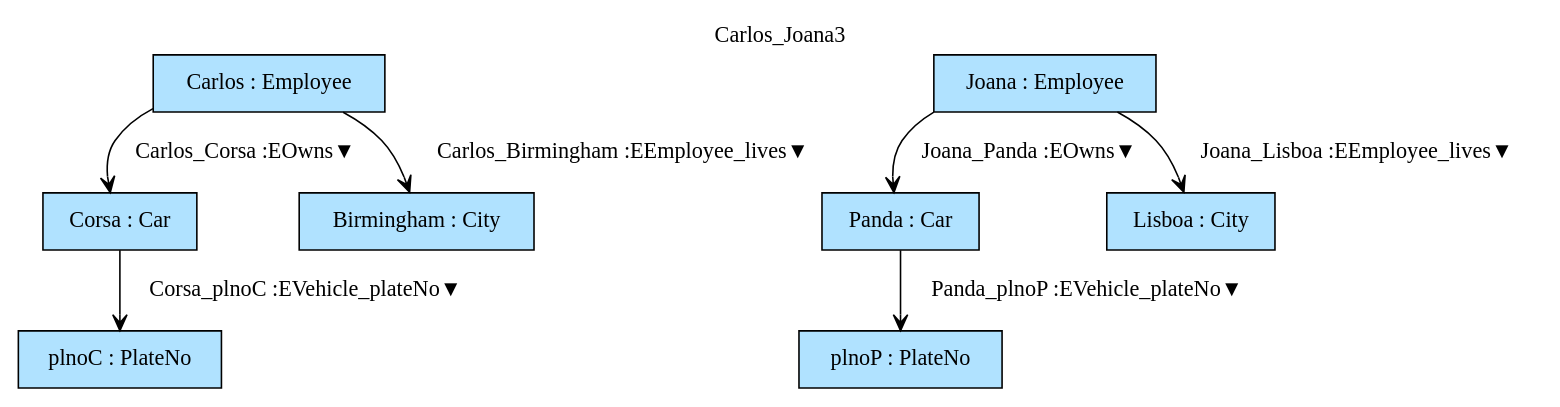
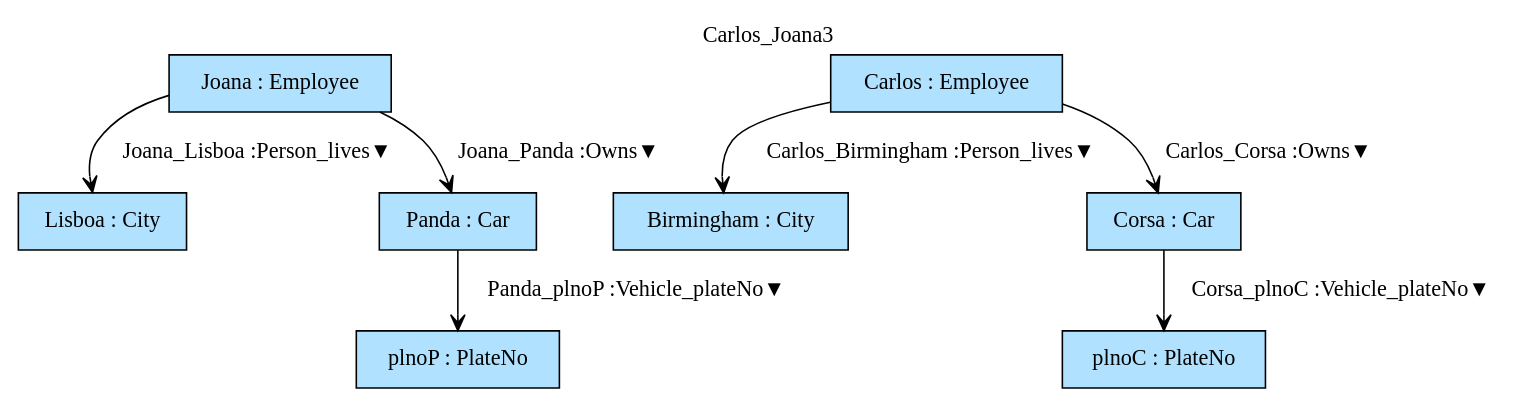
The diagram in Haskell/FragmentaTests/PersonVehicle/img/Carlos_Joana3.gv (namalio/Fragmenta), drawn with Graphviz before and after one commit. The commit also changed 32 other files, not shown here.

```diff
--- a/Haskell/FragmentaTests/PersonVehicle/img/Carlos_Joana3.gv
+++ b/Haskell/FragmentaTests/PersonVehicle/img/Carlos_Joana3.gv
@@ -1,17 +1,17 @@
 digraph {graph[label=Carlos_Joana3,labelloc=tl,labelfontsize=12];
+"Joana"[shape=box,fillcolor=lightskyblue1,style = filled,label="Joana : Employee"];
+"Lisboa"[shape=box,fillcolor=lightskyblue1,style = filled,label="Lisboa : City"];
 "Carlos"[shape=box,fillcolor=lightskyblue1,style = filled,label="Carlos : Employee"];
-"Joana"[shape=box,fillcolor=lightskyblue1,style = filled,label="Joana : Employee"];
+"Birmingham"[shape=box,fillcolor=lightskyblue1,style = filled,label="Birmingham : City"];
+"Panda"[shape=box,fillcolor=lightskyblue1,style = filled,label="Panda : Car"];
+"plnoP"[shape=box,fillcolor=lightskyblue1,style = filled,label="plnoP : PlateNo"];
 "Corsa"[shape=box,fillcolor=lightskyblue1,style = filled,label="Corsa : Car"];
-"Panda"[shape=box,fillcolor=lightskyblue1,style = filled,label="Panda : Car"];
-"Lisboa"[shape=box,fillcolor=lightskyblue1,style = filled,label="Lisboa : City"];
-"Birmingham"[shape=box,fillcolor=lightskyblue1,style = filled,label="Birmingham : City"];
 "plnoC"[shape=box,fillcolor=lightskyblue1,style = filled,label="plnoC : PlateNo"];
-"plnoP"[shape=box,fillcolor=lightskyblue1,style = filled,label="plnoP : PlateNo"];
 
-"Carlos"->"Corsa"[label="Carlos_Corsa :EOwns▼",arrowhead=vee];
-"Joana"->"Panda"[label="Joana_Panda :EOwns▼",arrowhead=vee];
-"Joana"->"Lisboa"[label="Joana_Lisboa :EEmployee_lives▼",arrowhead=vee];
-"Carlos"->"Birmingham"[label="Carlos_Birmingham :EEmployee_lives▼",arrowhead=vee];
-"Panda"->"plnoP"[label="Panda_plnoP :EVehicle_plateNo▼",arrowhead=vee];
-"Corsa"->"plnoC"[label="Corsa_plnoC :EVehicle_plateNo▼",arrowhead=vee];
+"Joana"->"Panda"[label="Joana_Panda :Owns▼",arrowhead=vee];
+"Joana"->"Lisboa"[label="Joana_Lisboa :Person_lives▼",arrowhead=vee];
+"Carlos"->"Corsa"[label="Carlos_Corsa :Owns▼",arrowhead=vee];
+"Carlos"->"Birmingham"[label="Carlos_Birmingham :Person_lives▼",arrowhead=vee];
+"Panda"->"plnoP"[label="Panda_plnoP :Vehicle_plateNo▼",arrowhead=vee];
+"Corsa"->"plnoC"[label="Corsa_plnoC :Vehicle_plateNo▼",arrowhead=vee];
 }
```
